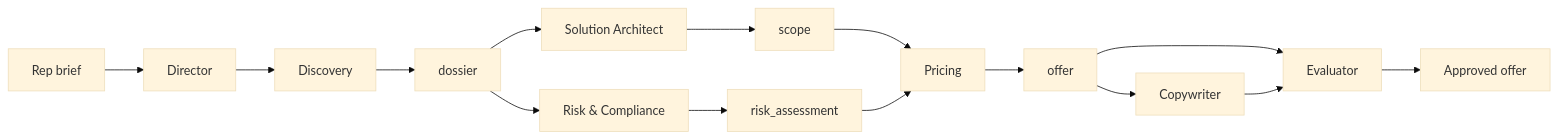
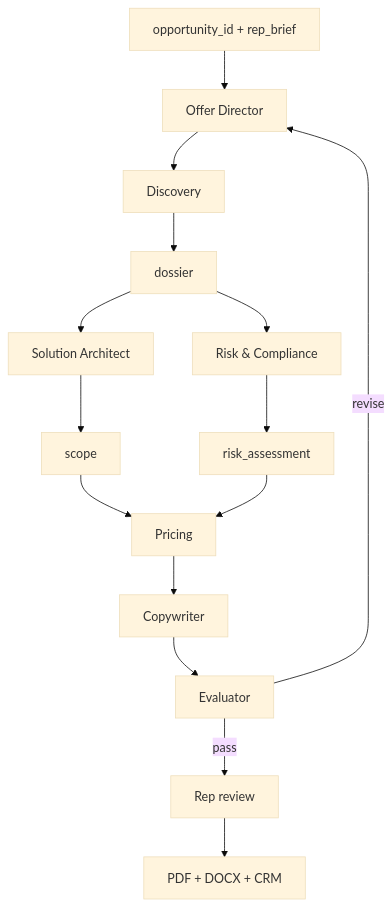
One commit to samuelfreemanjobs-hash/ceo changed the diagram in offer-builder/prompts/offer-builder-system-prompts.md. Above: the diagram before and after it, drawn with Mermaid (base theme). The commit also changed other lines of this file and 52 other files, not shown here.

First line of the commit message:
Complete Enterprise Offer Builder architecture spec (7/7 agents)

````diff
--- a/offer-builder/prompts/offer-builder-system-prompts.md
+++ b/offer-builder/prompts/offer-builder-system-prompts.md
@@ -14,17 +12,17 @@
 ```mermaid
-flowchart LR
-    Rep[Rep brief] --> Director[Director]
+flowchart TB
+    Rep[opportunity_id + rep_brief] --> Director[Offer Director]
     Director --> Discovery[Discovery]
     Discovery --> Dossier[dossier]
     Dossier --> SA[Solution Architect]
     Dossier --> Risk[Risk & Compliance]
     SA --> Scope[scope]
     Risk --> RiskOut[risk_assessment]
     Scope --> Pricing[Pricing]
     RiskOut --> Pricing
-    Pricing --> Offer[offer]
-    Offer --> Copy[Copywriter]
-    Offer --> Eval[Evaluator]
-    Copy --> Eval
-    Eval --> Final[Approved offer]
+    Pricing --> Copy[Copywriter]
+    Copy --> Eval[Evaluator]
+    Eval -->|revise| Director
+    Eval -->|pass| Human[Rep review]
+    Human --> Doc[PDF + DOCX + CRM]
 ```
````
